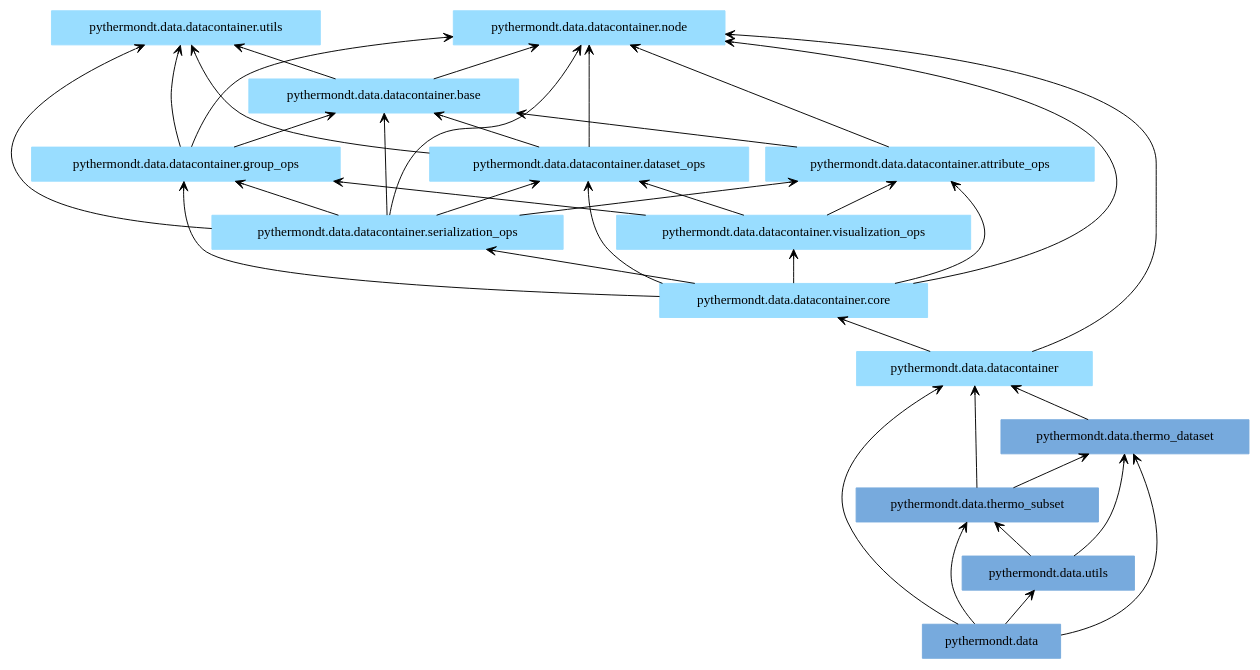
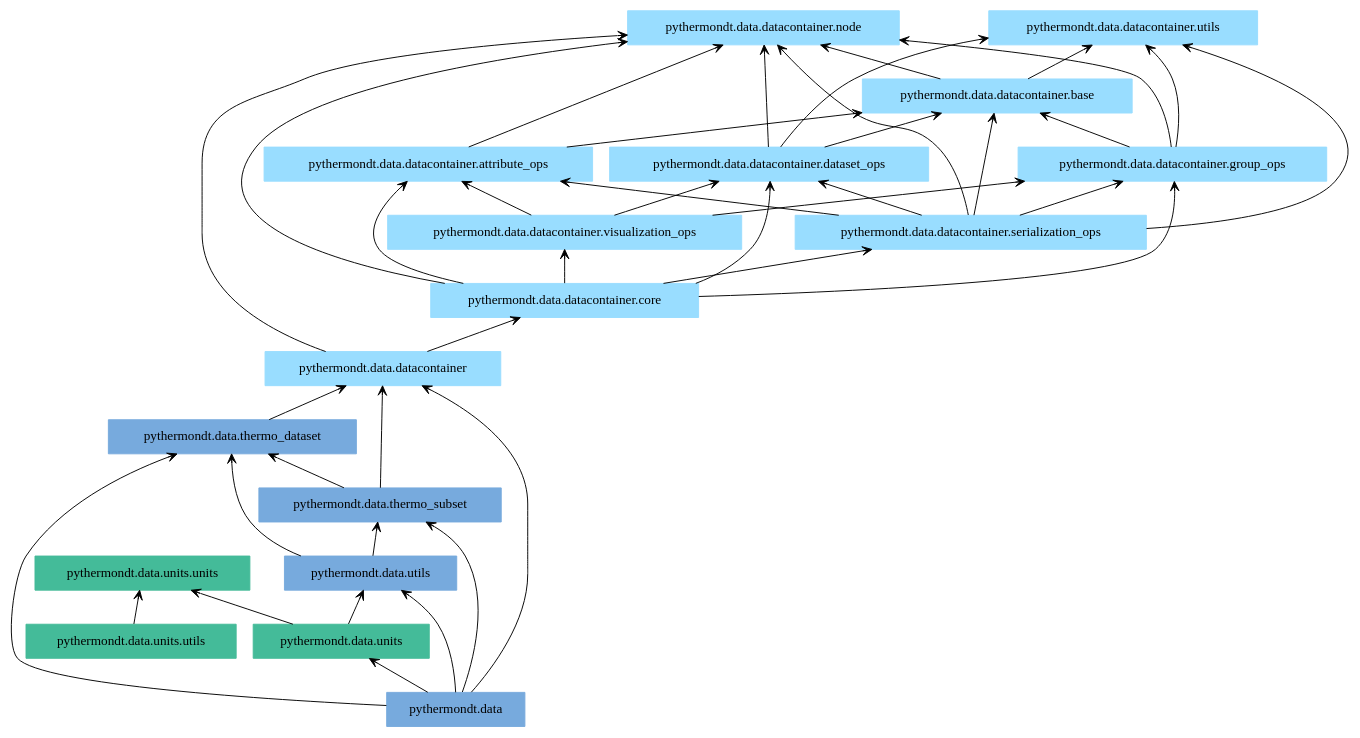
Before and after one commit to voidsy-gmbh/pyThermoNDT: the diagram in docs/pyreverse/packages_pythermondt.data.gv, drawn with Graphviz. The commit also changed 9 other files, not shown here.

Commit message:
Update pyreverse diagrams

```diff
--- a/docs/pyreverse/packages_pythermondt.data.gv
+++ b/docs/pyreverse/packages_pythermondt.data.gv
@@ -1,54 +1,61 @@
 digraph "packages_pythermondt.data" {
 rankdir=BT
 charset="utf-8"
 "pythermondt.data" [color="#77AADD", label=<pythermondt.data>, shape="box", style="filled"];
 "pythermondt.data.datacontainer" [color="#99DDFF", label=<pythermondt.data.datacontainer>, shape="box", style="filled"];
 "pythermondt.data.datacontainer.attribute_ops" [color="#99DDFF", label=<pythermondt.data.datacontainer.attribute_ops>, shape="box", style="filled"];
 "pythermondt.data.datacontainer.base" [color="#99DDFF", label=<pythermondt.data.datacontainer.base>, shape="box", style="filled"];
 "pythermondt.data.datacontainer.core" [color="#99DDFF", label=<pythermondt.data.datacontainer.core>, shape="box", style="filled"];
 "pythermondt.data.datacontainer.dataset_ops" [color="#99DDFF", label=<pythermondt.data.datacontainer.dataset_ops>, shape="box", style="filled"];
 "pythermondt.data.datacontainer.group_ops" [color="#99DDFF", label=<pythermondt.data.datacontainer.group_ops>, shape="box", style="filled"];
 "pythermondt.data.datacontainer.node" [color="#99DDFF", label=<pythermondt.data.datacontainer.node>, shape="box", style="filled"];
 "pythermondt.data.datacontainer.serialization_ops" [color="#99DDFF", label=<pythermondt.data.datacontainer.serialization_ops>, shape="box", style="filled"];
 "pythermondt.data.datacontainer.utils" [color="#99DDFF", label=<pythermondt.data.datacontainer.utils>, shape="box", style="filled"];
 "pythermondt.data.datacontainer.visualization_ops" [color="#99DDFF", label=<pythermondt.data.datacontainer.visualization_ops>, shape="box", style="filled"];
 "pythermondt.data.thermo_dataset" [color="#77AADD", label=<pythermondt.data.thermo_dataset>, shape="box", style="filled"];
 "pythermondt.data.thermo_subset" [color="#77AADD", label=<pythermondt.data.thermo_subset>, shape="box", style="filled"];
+"pythermondt.data.units" [color="#44BB99", label=<pythermondt.data.units>, shape="box", style="filled"];
+"pythermondt.data.units.units" [color="#44BB99", label=<pythermondt.data.units.units>, shape="box", style="filled"];
+"pythermondt.data.units.utils" [color="#44BB99", label=<pythermondt.data.units.utils>, shape="box", style="filled"];
 "pythermondt.data.utils" [color="#77AADD", label=<pythermondt.data.utils>, shape="box", style="filled"];
 "pythermondt.data" -> "pythermondt.data.datacontainer" [arrowhead="open", arrowtail="none"];
 "pythermondt.data" -> "pythermondt.data.thermo_dataset" [arrowhead="open", arrowtail="none"];
 "pythermondt.data" -> "pythermondt.data.thermo_subset" [arrowhead="open", arrowtail="none"];
+"pythermondt.data" -> "pythermondt.data.units" [arrowhead="open", arrowtail="none"];
 "pythermondt.data" -> "pythermondt.data.utils" [arrowhead="open", arrowtail="none"];
 "pythermondt.data.datacontainer" -> "pythermondt.data.datacontainer.core" [arrowhead="open", arrowtail="none"];
 "pythermondt.data.datacontainer" -> "pythermondt.data.datacontainer.node" [arrowhead="open", arrowtail="none"];
 "pythermondt.data.datacontainer.attribute_ops" -> "pythermondt.data.datacontainer.base" [arrowhead="open", arrowtail="none"];
 "pythermondt.data.datacontainer.attribute_ops" -> "pythermondt.data.datacontainer.node" [arrowhead="open", arrowtail="none"];
 "pythermondt.data.datacontainer.base" -> "pythermondt.data.datacontainer.node" [arrowhead="open", arrowtail="none"];
 "pythermondt.data.datacontainer.base" -> "pythermondt.data.datacontainer.utils" [arrowhead="open", arrowtail="none"];
 "pythermondt.data.datacontainer.core" -> "pythermondt.data.datacontainer.attribute_ops" [arrowhead="open", arrowtail="none"];
 "pythermondt.data.datacontainer.core" -> "pythermondt.data.datacontainer.dataset_ops" [arrowhead="open", arrowtail="none"];
 "pythermondt.data.datacontainer.core" -> "pythermondt.data.datacontainer.group_ops" [arrowhead="open", arrowtail="none"];
 "pythermondt.data.datacontainer.core" -> "pythermondt.data.datacontainer.node" [arrowhead="open", arrowtail="none"];
 "pythermondt.data.datacontainer.core" -> "pythermondt.data.datacontainer.serialization_ops" [arrowhead="open", arrowtail="none"];
 "pythermondt.data.datacontainer.core" -> "pythermondt.data.datacontainer.visualization_ops" [arrowhead="open", arrowtail="none"];
 "pythermondt.data.datacontainer.dataset_ops" -> "pythermondt.data.datacontainer.base" [arrowhead="open", arrowtail="none"];
 "pythermondt.data.datacontainer.dataset_ops" -> "pythermondt.data.datacontainer.node" [arrowhead="open", arrowtail="none"];
 "pythermondt.data.datacontainer.dataset_ops" -> "pythermondt.data.datacontainer.utils" [arrowhead="open", arrowtail="none"];
 "pythermondt.data.datacontainer.group_ops" -> "pythermondt.data.datacontainer.base" [arrowhead="open", arrowtail="none"];
 "pythermondt.data.datacontainer.group_ops" -> "pythermondt.data.datacontainer.node" [arrowhead="open", arrowtail="none"];
 "pythermondt.data.datacontainer.group_ops" -> "pythermondt.data.datacontainer.utils" [arrowhead="open", arrowtail="none"];
 "pythermondt.data.datacontainer.serialization_ops" -> "pythermondt.data.datacontainer.attribute_ops" [arrowhead="open", arrowtail="none"];
 "pythermondt.data.datacontainer.serialization_ops" -> "pythermondt.data.datacontainer.base" [arrowhead="open", arrowtail="none"];
 "pythermondt.data.datacontainer.serialization_ops" -> "pythermondt.data.datacontainer.dataset_ops" [arrowhead="open", arrowtail="none"];
 "pythermondt.data.datacontainer.serialization_ops" -> "pythermondt.data.datacontainer.group_ops" [arrowhead="open", arrowtail="none"];
 "pythermondt.data.datacontainer.serialization_ops" -> "pythermondt.data.datacontainer.node" [arrowhead="open", arrowtail="none"];
 "pythermondt.data.datacontainer.serialization_ops" -> "pythermondt.data.datacontainer.utils" [arrowhead="open", arrowtail="none"];
 "pythermondt.data.datacontainer.visualization_ops" -> "pythermondt.data.datacontainer.attribute_ops" [arrowhead="open", arrowtail="none"];
 "pythermondt.data.datacontainer.visualization_ops" -> "pythermondt.data.datacontainer.dataset_ops" [arrowhead="open", arrowtail="none"];
 "pythermondt.data.datacontainer.visualization_ops" -> "pythermondt.data.datacontainer.group_ops" [arrowhead="open", arrowtail="none"];
 "pythermondt.data.thermo_dataset" -> "pythermondt.data.datacontainer" [arrowhead="open", arrowtail="none"];
 "pythermondt.data.thermo_subset" -> "pythermondt.data.datacontainer" [arrowhead="open", arrowtail="none"];
 "pythermondt.data.thermo_subset" -> "pythermondt.data.thermo_dataset" [arrowhead="open", arrowtail="none"];
+"pythermondt.data.units" -> "pythermondt.data.units.units" [arrowhead="open", arrowtail="none"];
+"pythermondt.data.units" -> "pythermondt.data.utils" [arrowhead="open", arrowtail="none"];
+"pythermondt.data.units.utils" -> "pythermondt.data.units.units" [arrowhead="open", arrowtail="none"];
 "pythermondt.data.utils" -> "pythermondt.data.thermo_dataset" [arrowhead="open", arrowtail="none"];
 "pythermondt.data.utils" -> "pythermondt.data.thermo_subset" [arrowhead="open", arrowtail="none"];
 }
```
